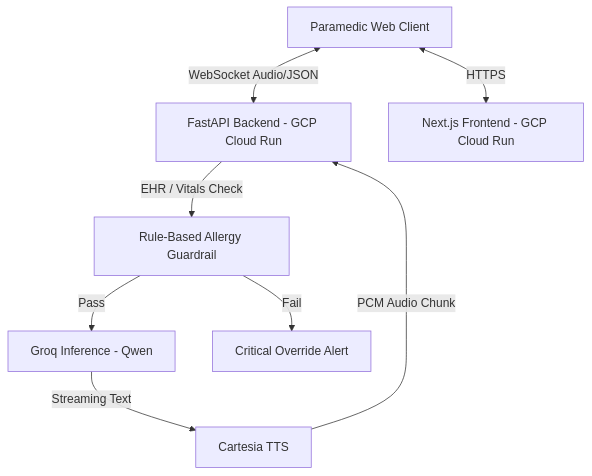
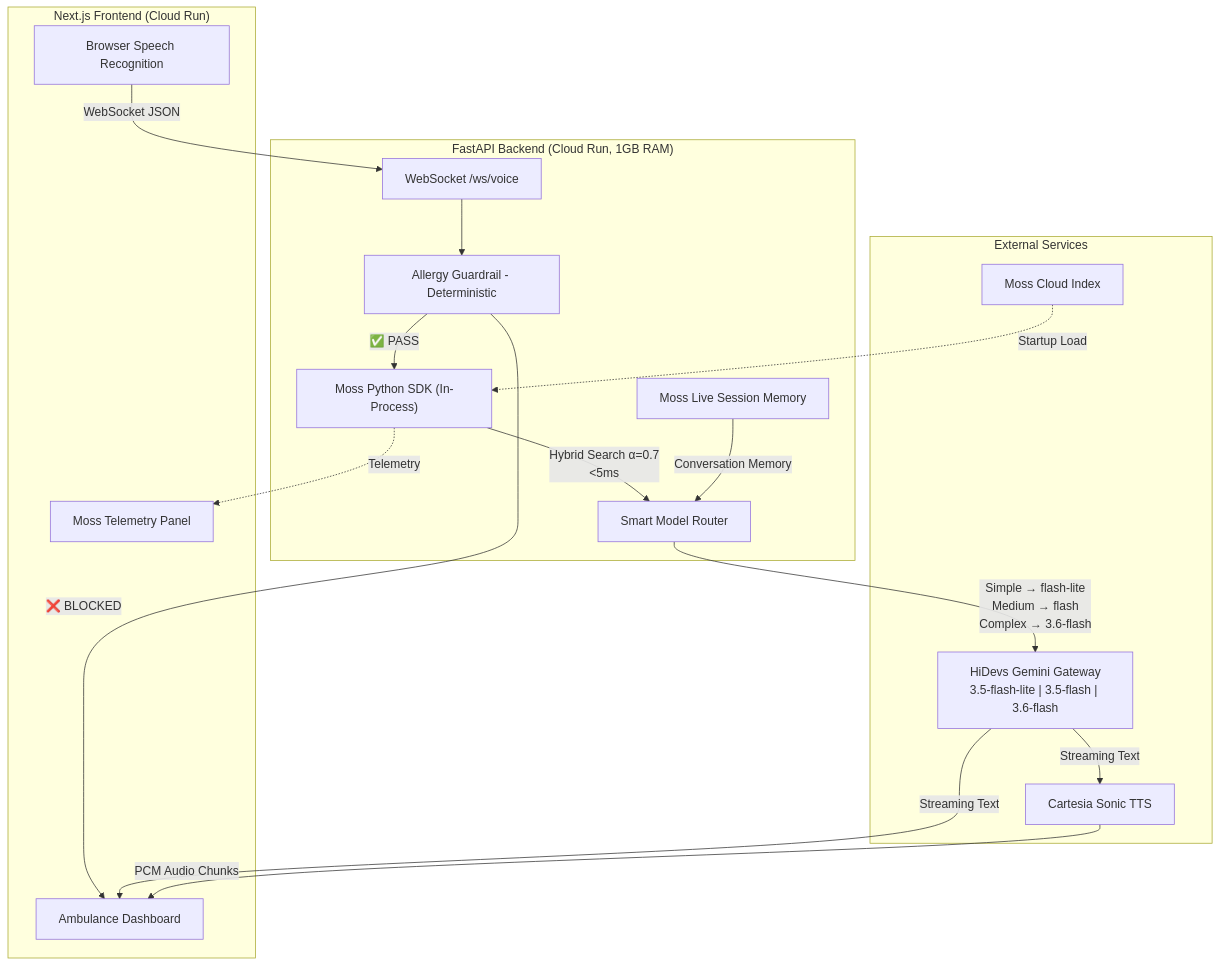
One commit to Naveen230497/Pulse-Medical-AI changed the diagram in README.md. Above: the diagram before and after it, drawn with Mermaid. The commit also changed other lines of this file and 3 other files, not shown here.

````diff
--- a/README.md
+++ b/README.md
@@ -23,12 +33,35 @@
 ```mermaid
 graph TD
-    Client[Paramedic Web Client] <-->|WebSocket Audio/JSON| FA[FastAPI Backend - GCP Cloud Run]
-    Client <-->|HTTPS| NJ[Next.js Frontend - GCP Cloud Run]
-    
-    FA -->|EHR / Vitals Check| AC[Rule-Based Allergy Guardrail]
-    AC -- Pass --> GC[Groq Inference - Qwen]
-    AC -- Fail --> Alert[Critical Override Alert]
-    
-    GC -->|Streaming Text| Cartesia[Cartesia TTS]
-    Cartesia -->|PCM Audio Chunk| FA
+    subgraph Frontend["Next.js Frontend (Cloud Run)"]
+        STT[Browser Speech Recognition]
+        UI[Ambulance Dashboard]
+        TelemetryUI[Moss Telemetry Panel]
+    end
+
+    subgraph Backend["FastAPI Backend (Cloud Run, 1GB RAM)"]
+        WS[WebSocket /ws/voice]
+        AG[Allergy Guardrail - Deterministic]
+        SR[Smart Model Router]
+        MossSDK["Moss Python SDK (In-Process)"]
+        Session[Moss Live Session Memory]
+    end
+
+    subgraph External["External Services"]
+        Gemini["HiDevs Gemini Gateway\n3.5-flash-lite | 3.5-flash | 3.6-flash"]
+        Cartesia[Cartesia Sonic TTS]
+        MossCloud[Moss Cloud Index]
+    end
+
+    STT -->|WebSocket JSON| WS
+    WS --> AG
+    AG -->|"❌ BLOCKED"| UI
+    AG -->|"✅ PASS"| MossSDK
+    MossSDK -->|"Hybrid Search α=0.7\n<5ms"| SR
+    Session -->|"Conversation Memory"| SR
+    SR -->|"Simple → flash-lite\nMedium → flash\nComplex → 3.6-flash"| Gemini
+    Gemini -->|Streaming Text| Cartesia
+    Gemini -->|Streaming Text| UI
+    Cartesia -->|PCM Audio Chunks| UI
+    MossSDK -.->|Telemetry| TelemetryUI
+    MossCloud -.->|"Startup Load"| MossSDK
 ```
````
